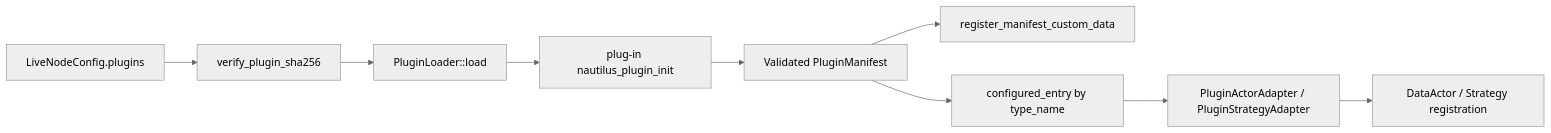
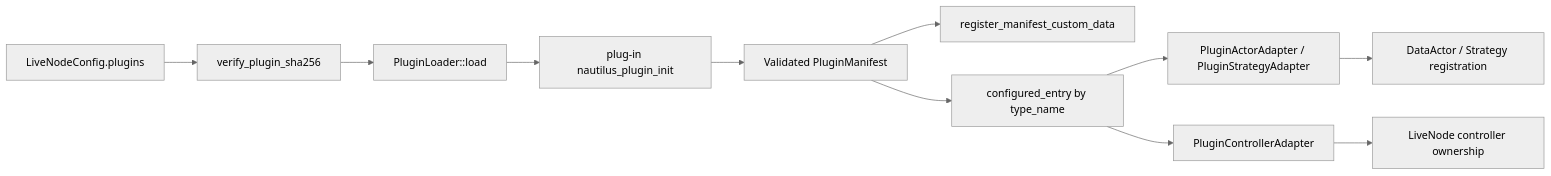
One commit to nautechsystems/nautilus_trader changed the first of 4 diagrams in docs/concepts/plugins.md. Above: the diagram before and after it, drawn with Mermaid (neutral theme). The commit also changed other lines of this file and 8 other files, not shown here.

First line of the commit message:
Add Plugin controller config loading

````diff
--- a/docs/concepts/plugins.md
+++ b/docs/concepts/plugins.md
@@ -193,11 +209,13 @@
 ```mermaid
 flowchart LR
     Config["LiveNodeConfig.plugins"] --> Verify["verify_plugin_sha256"]
     Verify --> Loader["PluginLoader::load"]
     Loader --> Init["plug-in nautilus_plugin_init"]
     Init --> Manifest["Validated PluginManifest"]
     Manifest --> CustomData["register_manifest_custom_data"]
     Manifest --> Entry["configured_entry by type_name"]
-    Entry --> Actor["PluginActorAdapter / PluginStrategyAdapter"]
-    Actor --> Engine["DataActor / Strategy registration"]
+    Entry --> TraderAdapter["PluginActorAdapter / PluginStrategyAdapter"]
+    Entry --> ControllerAdapter["PluginControllerAdapter"]
+    TraderAdapter --> Engine["DataActor / Strategy registration"]
+    ControllerAdapter --> NodeOwned["LiveNode controller ownership"]
 ```
````
